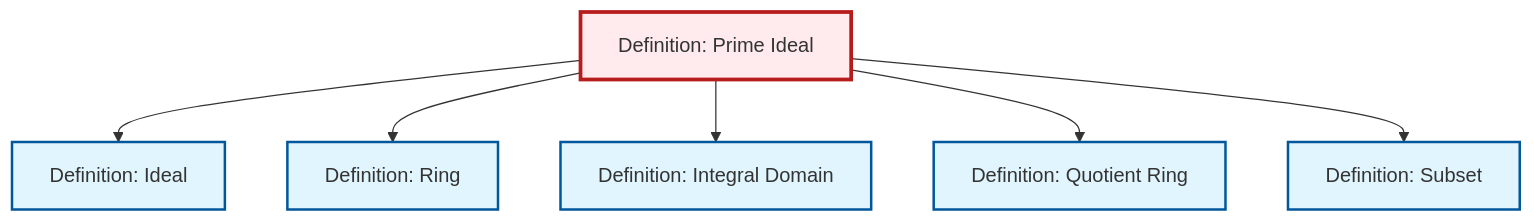
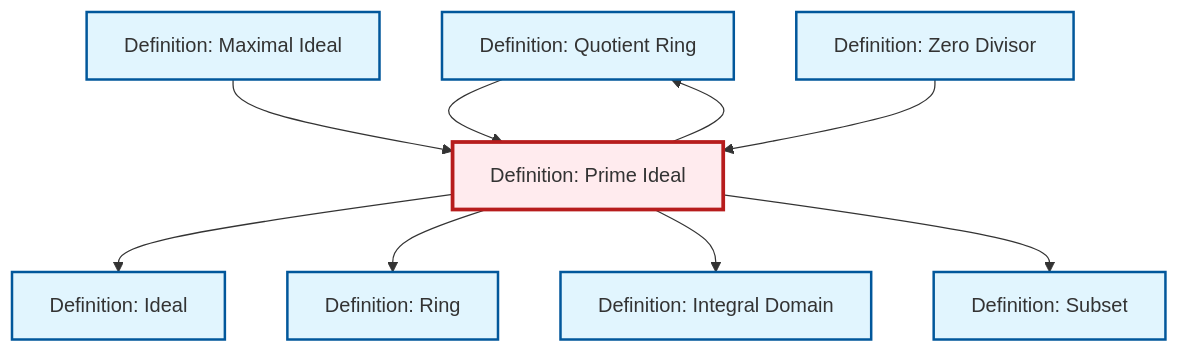
One commit to RK0429/ModernMath changed the diagram in content/en/algebra/def-prime-ideal.qmd. Above: the diagram before and after it, drawn with Mermaid. The commit also changed 654 other files, not shown here.

First line of the commit message:
fix: Update cross-references to equivalence relation in quotient ring definitions

````diff
--- a/content/en/algebra/def-prime-ideal.qmd
+++ b/content/en/algebra/def-prime-ideal.qmd
@@ -85,26 +85,33 @@
 ```{mermaid}
 %%| fig-cap: "Local dependency graph"
 graph TD
     classDef definition fill:#e1f5fe,stroke:#01579b,stroke-width:2px
     classDef theorem fill:#f3e5f5,stroke:#4a148c,stroke-width:2px
     classDef axiom fill:#fff3e0,stroke:#e65100,stroke-width:2px
     classDef example fill:#e8f5e9,stroke:#1b5e20,stroke-width:2px
     classDef current fill:#ffebee,stroke:#b71c1c,stroke-width:3px
+    def-quotient-ring["Definition: Quotient Ring"]:::definition
+    def-maximal-ideal["Definition: Maximal Ideal"]:::definition
     def-prime-ideal["Definition: Prime Ideal"]:::definition
+    def-ring["Definition: Ring"]:::definition
+    def-subset["Definition: Subset"]:::definition
     def-ideal["Definition: Ideal"]:::definition
-    def-ring["Definition: Ring"]:::definition
+    def-zero-divisor["Definition: Zero Divisor"]:::definition
     def-integral-domain["Definition: Integral Domain"]:::definition
-    def-quotient-ring["Definition: Quotient Ring"]:::definition
-    def-subset["Definition: Subset"]:::definition
     def-prime-ideal --> def-ideal
     def-prime-ideal --> def-ring
+    def-quotient-ring --> def-prime-ideal
+    def-maximal-ideal --> def-prime-ideal
     def-prime-ideal --> def-integral-domain
+    def-zero-divisor --> def-prime-ideal
     def-prime-ideal --> def-quotient-ring
     def-prime-ideal --> def-subset
     class def-prime-ideal current
+    click def-quotient-ring "def-quotient-ring.html" "Go to Quotient Ring definition"
+    click def-maximal-ideal "def-maximal-ideal.html" "Go to Maximal Ideal definition"
+    click def-ring "def-ring.html" "Go to Ring definition"
+    click def-subset "def-subset.html" "Go to Subset definition"
     click def-ideal "def-ideal.html" "Go to Ideal definition"
-    click def-ring "def-ring.html" "Go to Ring definition"
+    click def-zero-divisor "def-zero-divisor.html" "Go to Zero Divisor definition"
     click def-integral-domain "def-integral-domain.html" "Go to Integral Domain definition"
-    click def-quotient-ring "def-quotient-ring.html" "Go to Quotient Ring definition"
-    click def-subset "def-subset.html" "Go to Subset definition"
 ```
````
